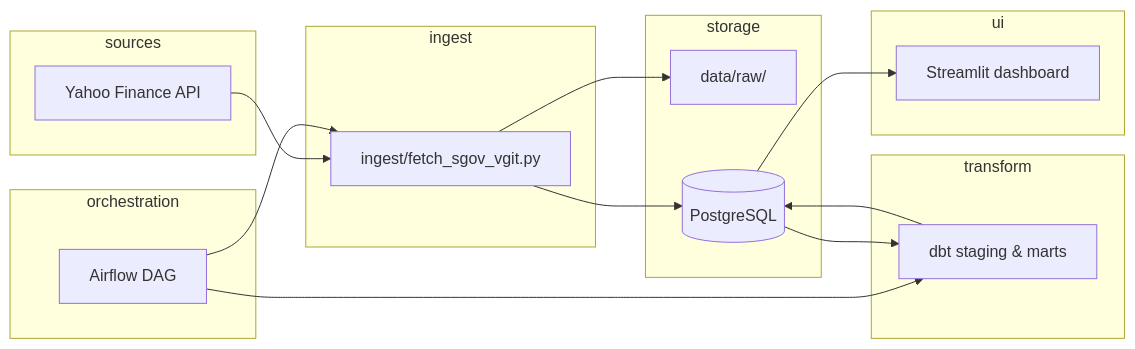
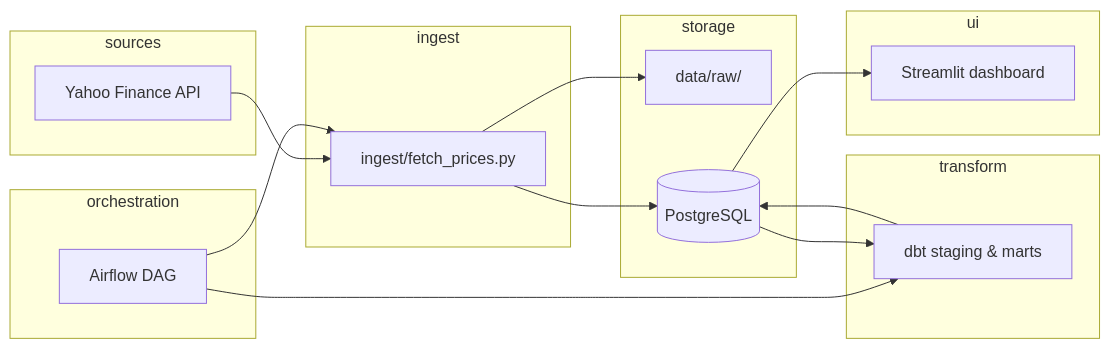
One commit to aestim/etf-analytics changed the diagram in docs/architecture.md. Above: the diagram before and after it, drawn with Mermaid. The commit also changed other lines of this file and 4 other files, not shown here.

First line of the commit message:
feat(ingest): expand universe to 14 cross-asset ETFs, rename fetch script

````diff
--- a/docs/architecture.md
+++ b/docs/architecture.md
@@ -20,35 +20,35 @@
 ```mermaid
 flowchart LR
   subgraph sources
     YF[Yahoo Finance API]
   end
 
   subgraph ingest
-    PY[ingest/fetch_sgov_vgit.py]
+    PY[ingest/fetch_prices.py]
   end
 
   subgraph storage
     RAW[data/raw/]
     PG[(PostgreSQL)]
   end
 
   subgraph transform
     DBT[dbt staging & marts]
   end
 
   subgraph orchestration
     AF[Airflow DAG]
   end
 
   subgraph ui
     ST[Streamlit dashboard]
   end
 
   YF --> PY --> RAW
   PY --> PG
   AF --> PY
   AF --> DBT
   PG --> DBT
   DBT --> PG
   PG --> ST
 ```
````
